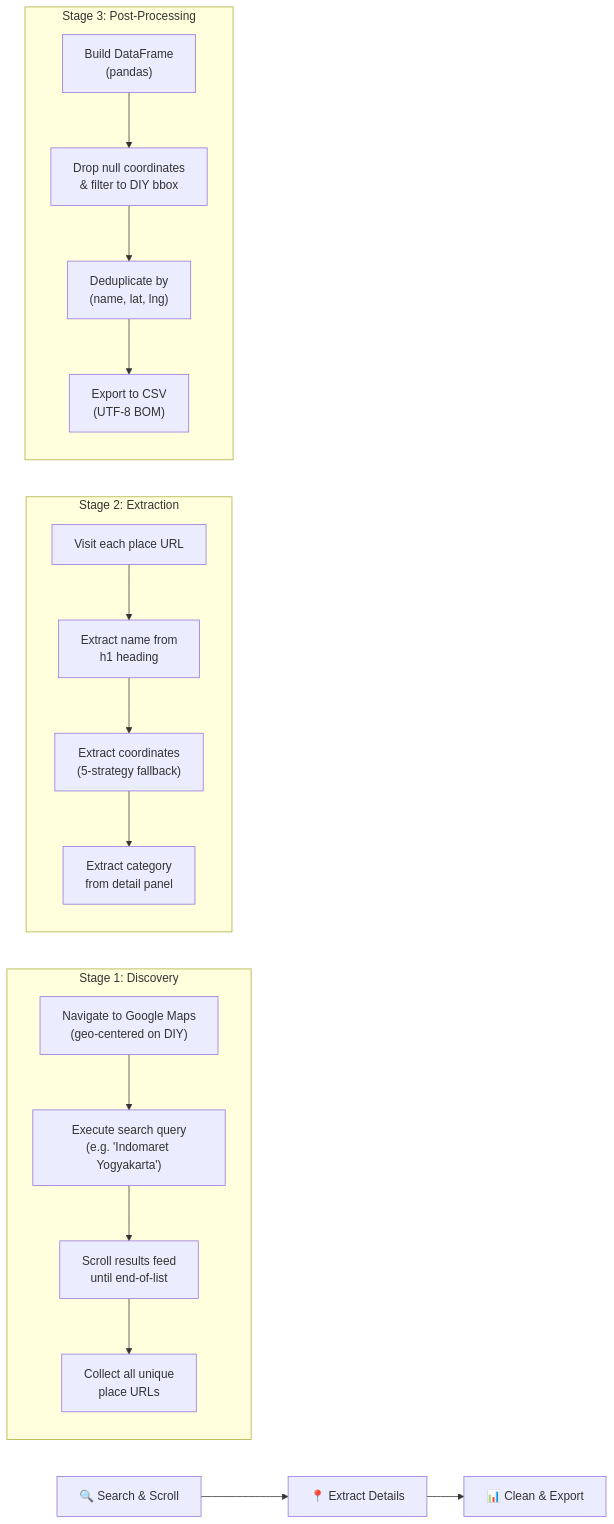
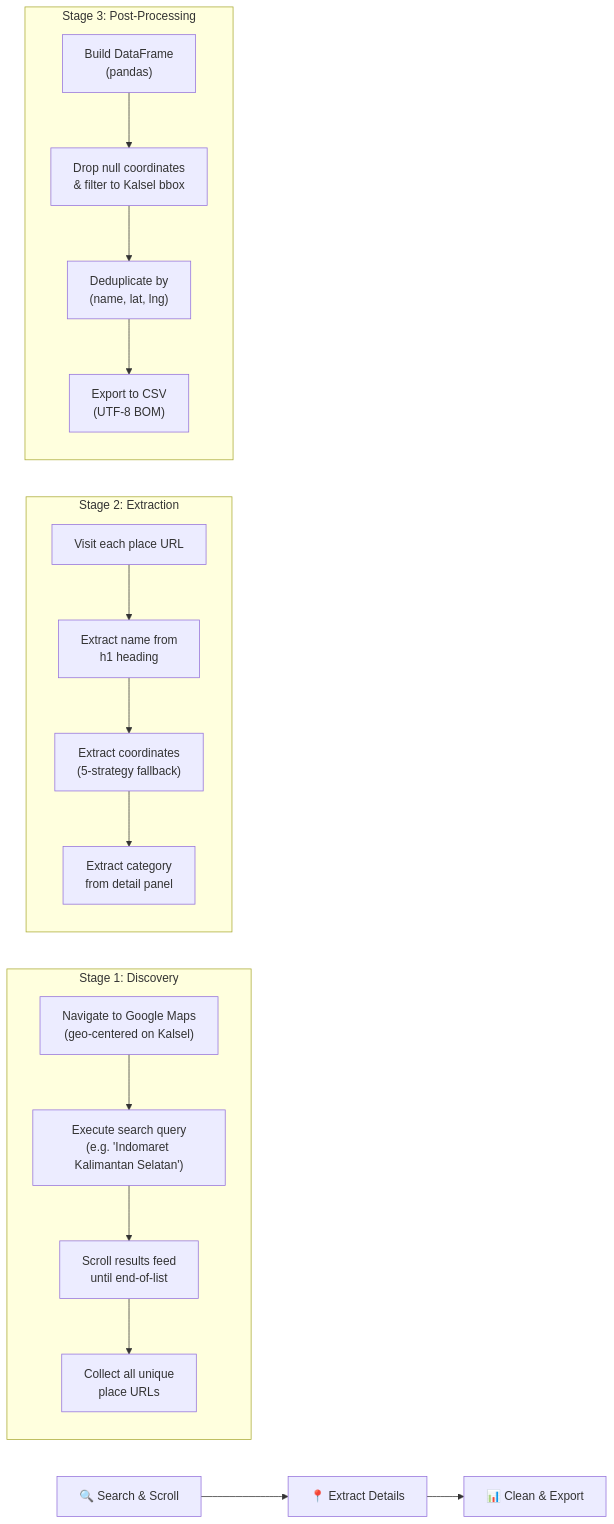
One commit to MarcoAlandAdinanda/BI_Cash-Handling-Project changed the diagram in README.md. Above: the diagram before and after it, drawn with Mermaid. The commit also changed other lines of this file and 3 other files, not shown here.

````diff
--- a/README.md
+++ b/README.md
@@ -73,23 +72,23 @@
 ```mermaid
 graph LR
     A["🔍 Search & Scroll"] --> B["📍 Extract Details"]
     B --> C["📊 Clean & Export"]
 
     subgraph "Stage 1: Discovery"
-        A1["Navigate to Google Maps\n(geo-centered on DIY)"] --> A2["Execute search query\n(e.g. 'Indomaret Yogyakarta')"]
+        A1["Navigate to Google Maps\n(geo-centered on Kalsel)"] --> A2["Execute search query\n(e.g. 'Indomaret Kalimantan Selatan')"]
         A2 --> A3["Scroll results feed\nuntil end-of-list"]
         A3 --> A4["Collect all unique\nplace URLs"]
     end
 
     subgraph "Stage 2: Extraction"
         B1["Visit each place URL"] --> B2["Extract name from\nh1 heading"]
         B2 --> B3["Extract coordinates\n(5-strategy fallback)"]
         B3 --> B4["Extract category\nfrom detail panel"]
     end
 
     subgraph "Stage 3: Post-Processing"
-        C1["Build DataFrame\n(pandas)"] --> C2["Drop null coordinates\n& filter to DIY bbox"]
+        C1["Build DataFrame\n(pandas)"] --> C2["Drop null coordinates\n& filter to Kalsel bbox"]
         C2 --> C3["Deduplicate by\n(name, lat, lng)"]
         C3 --> C4["Export to CSV\n(UTF-8 BOM)"]
     end
 ```
````
